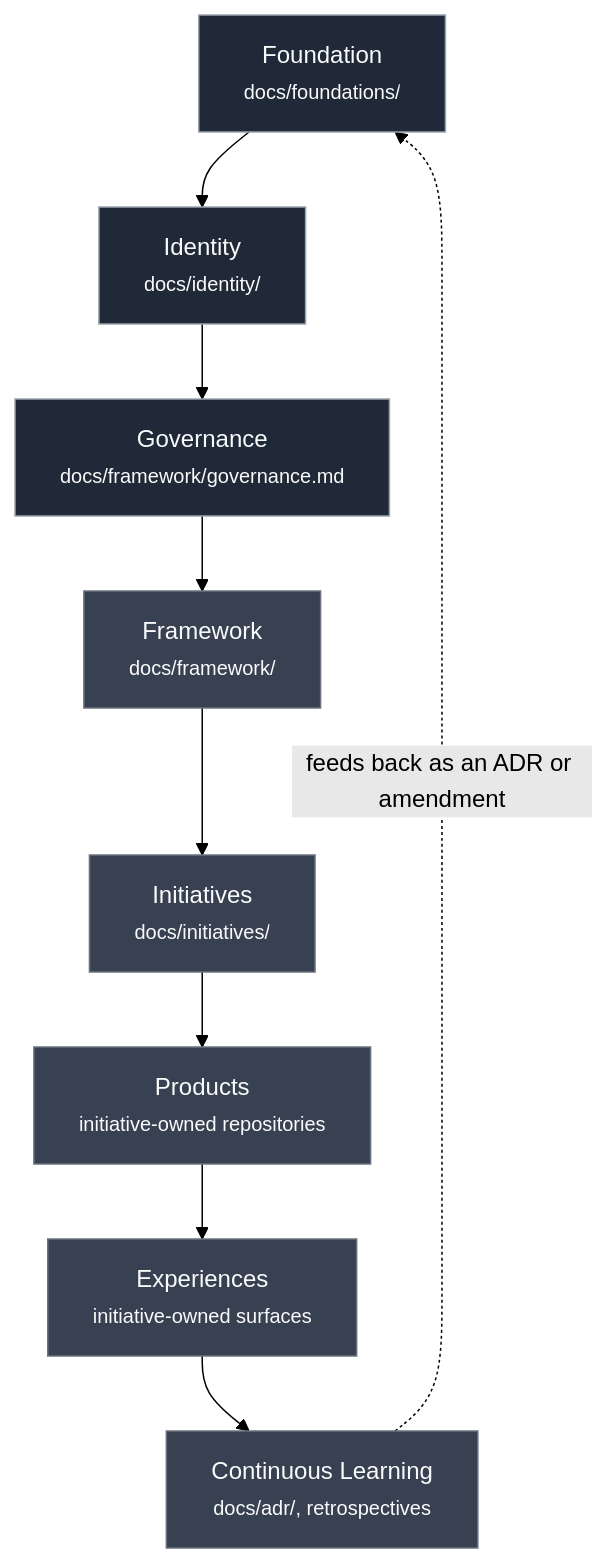
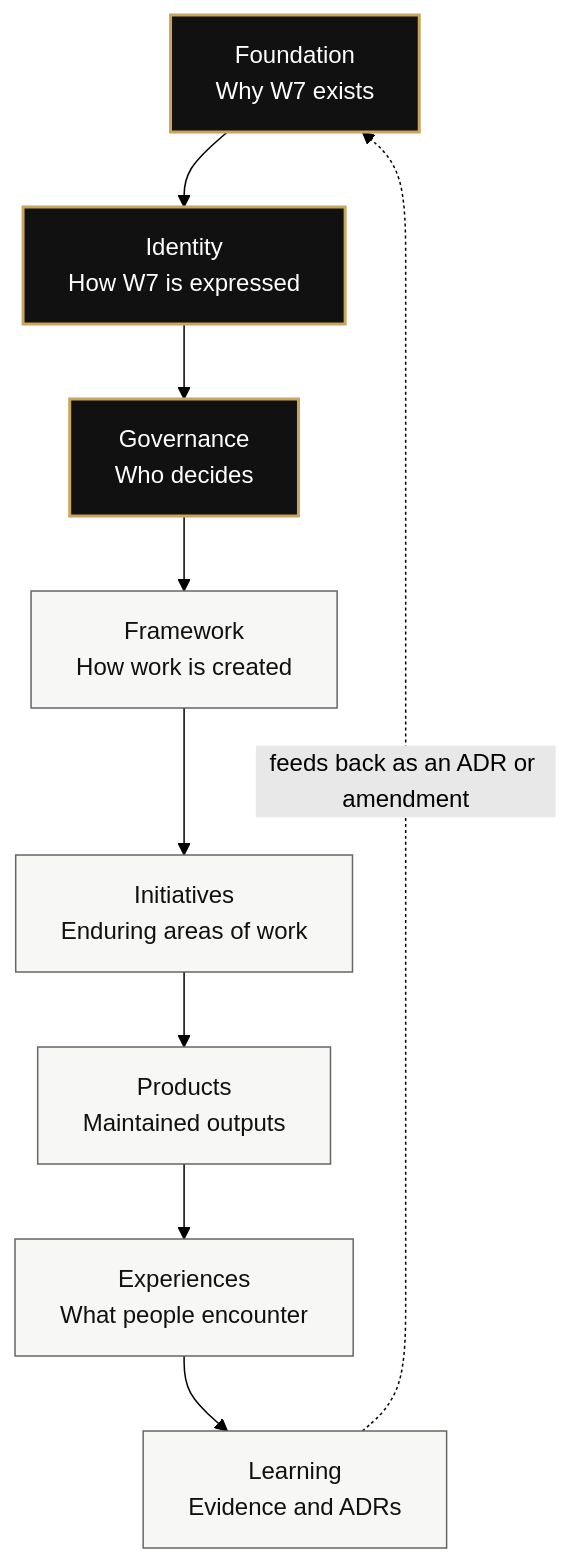
One commit to raguerra7/project-w7 changed the first of 4 diagrams in docs/architecture/topology.md. Above: the diagram before and after it, drawn with Mermaid (forest theme). The commit also changed other lines of this file and 9 other files, not shown here.

````diff
--- a/docs/architecture/topology.md
+++ b/docs/architecture/topology.md
@@ -25,19 +25,19 @@
 ```mermaid
 flowchart TD
-    F[Foundation<br/><small>docs/foundations/</small>]
-    I[Identity<br/><small>docs/identity/</small>]
-    G[Governance<br/><small>docs/framework/governance.md</small>]
-    FR[Framework<br/><small>docs/framework/</small>]
-    IN[Initiatives<br/><small>docs/initiatives/</small>]
-    P[Products<br/><small>initiative-owned repositories</small>]
-    E[Experiences<br/><small>initiative-owned surfaces</small>]
-    L[Continuous Learning<br/><small>docs/adr/, retrospectives</small>]
+    F["Foundation<br/>Why W7 exists"]
+    I["Identity<br/>How W7 is expressed"]
+    G["Governance<br/>Who decides"]
+    FR["Framework<br/>How work is created"]
+    IN["Initiatives<br/>Enduring areas of work"]
+    P["Products<br/>Maintained outputs"]
+    E["Experiences<br/>What people encounter"]
+    L["Learning<br/>Evidence and ADRs"]
 
     F --> I --> G --> FR --> IN --> P --> E --> L
     L -.->|feeds back as an ADR or amendment| F
 
-    classDef stable fill:#1f2937,stroke:#9ca3af,color:#f9fafb;
-    classDef volatile fill:#374151,stroke:#6b7280,color:#f9fafb;
+    classDef stable fill:#111111,stroke:#c8a45d,color:#ffffff,stroke-width:2px;
+    classDef volatile fill:#f7f7f5,stroke:#666666,color:#111111;
     class F,I,G stable
     class FR,IN,P,E,L volatile
 ```
````
